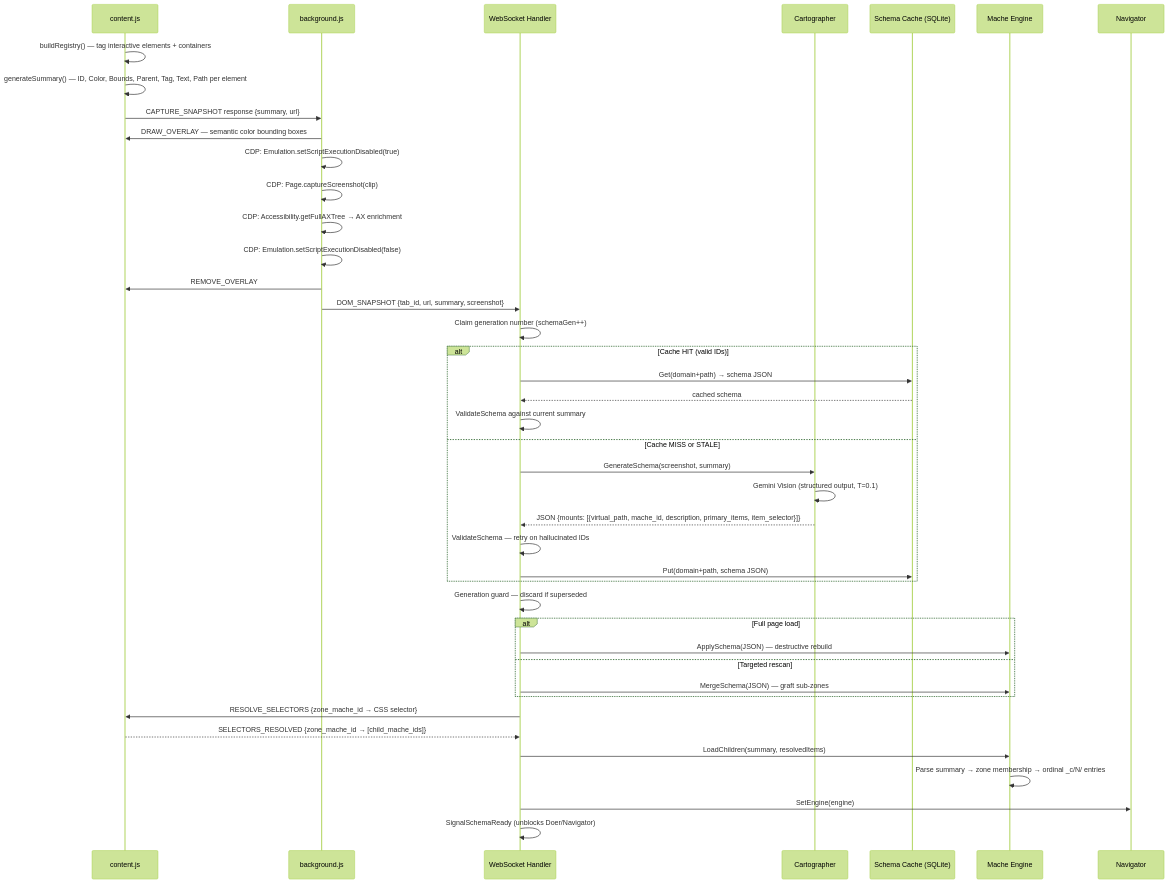
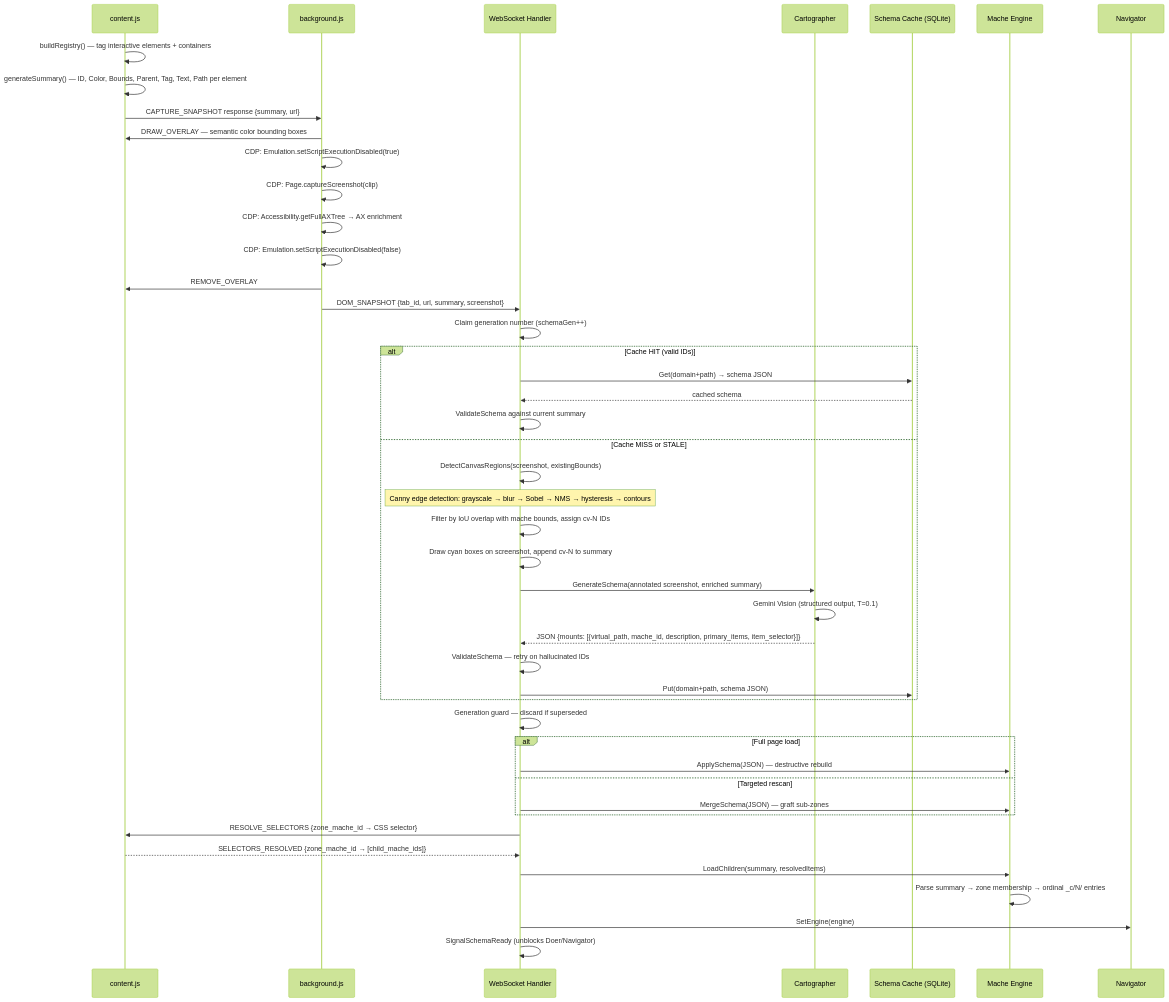
The third of 8 diagrams in docs/ARCHITECTURE.md (agentic-research/x-ray), drawn with Mermaid (forest theme) before and after one commit. The commit also changed other lines of this file, not shown here.

Commit message:
docs: update ARCHITECTURE.md with Canny edge detection canvas blindspot solver

````diff
--- a/docs/ARCHITECTURE.md
+++ b/docs/ARCHITECTURE.md
@@ -178,50 +181,54 @@
 ```mermaid
 sequenceDiagram
     participant CS as content.js
     participant BG as background.js
     participant WS as WebSocket Handler
     participant Cart as Cartographer
     participant Cache as Schema Cache (SQLite)
     participant Eng as Mache Engine
     participant Nav as Navigator
 
     CS->>CS: buildRegistry() — tag interactive elements + containers
     CS->>CS: generateSummary() — ID, Color, Bounds, Parent, Tag, Text, Path per element
     CS->>BG: CAPTURE_SNAPSHOT response {summary, url}
     BG->>CS: DRAW_OVERLAY — semantic color bounding boxes
     BG->>BG: CDP: Emulation.setScriptExecutionDisabled(true)
     BG->>BG: CDP: Page.captureScreenshot(clip)
     BG->>BG: CDP: Accessibility.getFullAXTree → AX enrichment
     BG->>BG: CDP: Emulation.setScriptExecutionDisabled(false)
     BG->>CS: REMOVE_OVERLAY
     BG->>WS: DOM_SNAPSHOT {tab_id, url, summary, screenshot}
 
     WS->>WS: Claim generation number (schemaGen++)
 
     alt Cache HIT (valid IDs)
         WS->>Cache: Get(domain+path) → schema JSON
         Cache-->>WS: cached schema
         WS->>WS: ValidateSchema against current summary
     else Cache MISS or STALE
-        WS->>Cart: GenerateSchema(screenshot, summary)
+        WS->>WS: DetectCanvasRegions(screenshot, existingBounds)
+        Note over WS: Canny edge detection: grayscale → blur → Sobel → NMS → hysteresis → contours
+        WS->>WS: Filter by IoU overlap with mache bounds, assign cv-N IDs
+        WS->>WS: Draw cyan boxes on screenshot, append cv-N to summary
+        WS->>Cart: GenerateSchema(annotated screenshot, enriched summary)
         Cart->>Cart: Gemini Vision (structured output, T=0.1)
         Cart-->>WS: JSON {mounts: [{virtual_path, mache_id, description, primary_items, item_selector}]}
         WS->>WS: ValidateSchema — retry on hallucinated IDs
         WS->>Cache: Put(domain+path, schema JSON)
     end
 
     WS->>WS: Generation guard — discard if superseded
 
     alt Full page load
         WS->>Eng: ApplySchema(JSON) — destructive rebuild
     else Targeted rescan
         WS->>Eng: MergeSchema(JSON) — graft sub-zones
     end
 
     WS->>CS: RESOLVE_SELECTORS {zone_mache_id → CSS selector}
     CS-->>WS: SELECTORS_RESOLVED {zone_mache_id → [child_mache_ids]}
     WS->>Eng: LoadChildren(summary, resolvedItems)
     Eng->>Eng: Parse summary → zone membership → ordinal _c/N/ entries
     WS->>Nav: SetEngine(engine)
     WS->>WS: SignalSchemaReady (unblocks Doer/Navigator)
 ```
````
